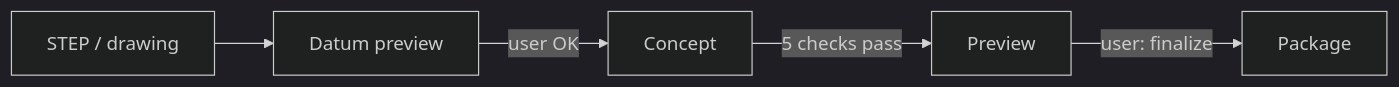
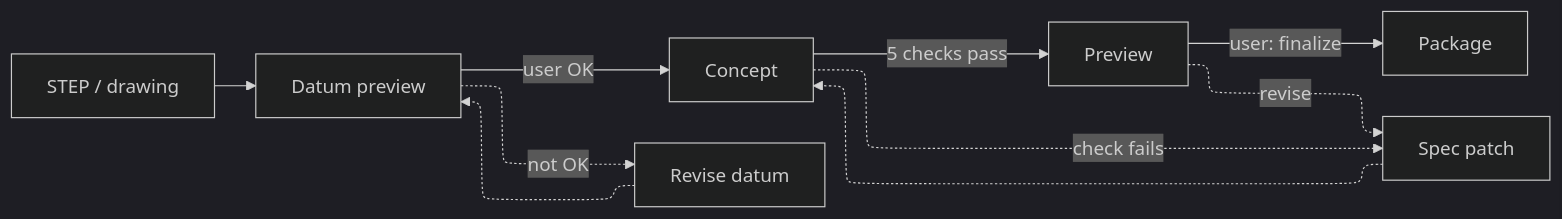
One commit to scream1ng/bixl-skills changed the diagram in README.md. Above: the diagram before and after it, drawn with Mermaid (dark theme). The commit also changed other lines of this file, not shown here.

Commit message:
README: flowchart return lines on second row

````diff
--- a/README.md
+++ b/README.md
@@ -5,4 +5,11 @@
 ```mermaid
+---
+config:
+  layout: elk
+---
 flowchart LR
     A[STEP / drawing] --> B[Datum preview] -->|user OK| C[Concept] -->|5 checks pass| D[Preview] -->|user: finalize| E[Package]
+    B -.->|not OK| F[Revise datum] -.-> B
+    C -.->|check fails| G[Spec patch] -.-> C
+    D -.->|revise| G
 ```
````
